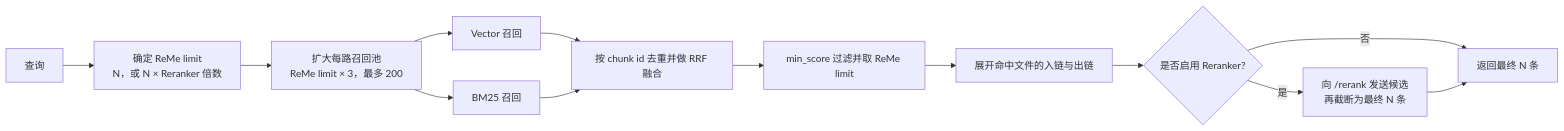
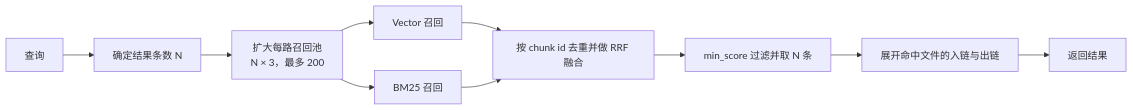
The fifth of 5 diagrams in website/public/docs/memory.zh.md (agentscope-ai/QwenPaw), drawn with Mermaid before and after one commit. The commit also changed other lines of this file and 3 other files, not shown here.

````diff
--- a/website/public/docs/memory.zh.md
+++ b/website/public/docs/memory.zh.md
@@ -326,15 +326,12 @@
 ```mermaid
 flowchart LR
-    A[查询] --> B[确定 ReMe limit<br/>N，或 N × Reranker 倍数]
-    B --> C0[扩大每路召回池<br/>ReMe limit × 3，最多 200]
+    A[查询] --> B[确定结果条数 N]
+    B --> C0[扩大每路召回池<br/>N × 3，最多 200]
     C0 --> C[Vector 召回]
     C0 --> D[BM25 召回]
     C --> E[按 chunk id 去重并做 RRF 融合]
     D --> E
-    E --> F[min_score 过滤并取 ReMe limit]
+    E --> F[min_score 过滤并取 N 条]
     F --> G[展开命中文件的入链与出链]
-    G --> R{是否启用 Reranker?}
-    R -->|是| RR[向 /rerank 发送候选<br/>再截断为最终 N 条]
-    R -->|否| H[返回最终 N 条]
-    RR --> H
+    G --> H[返回结果]
 ```
````
